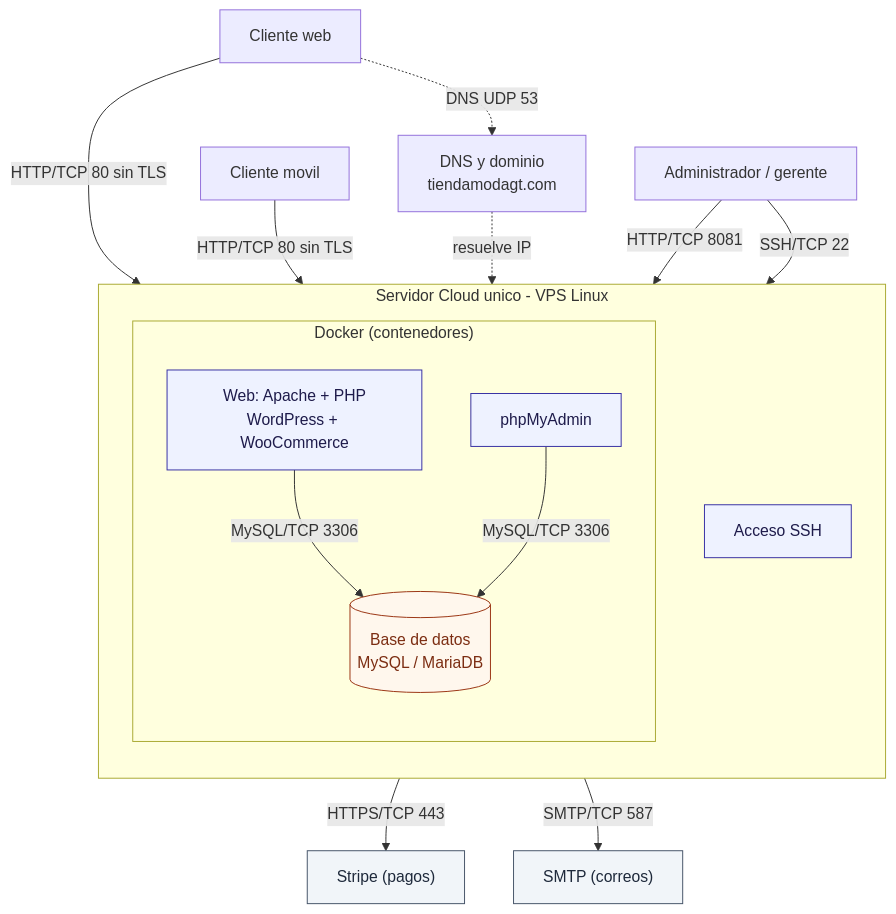
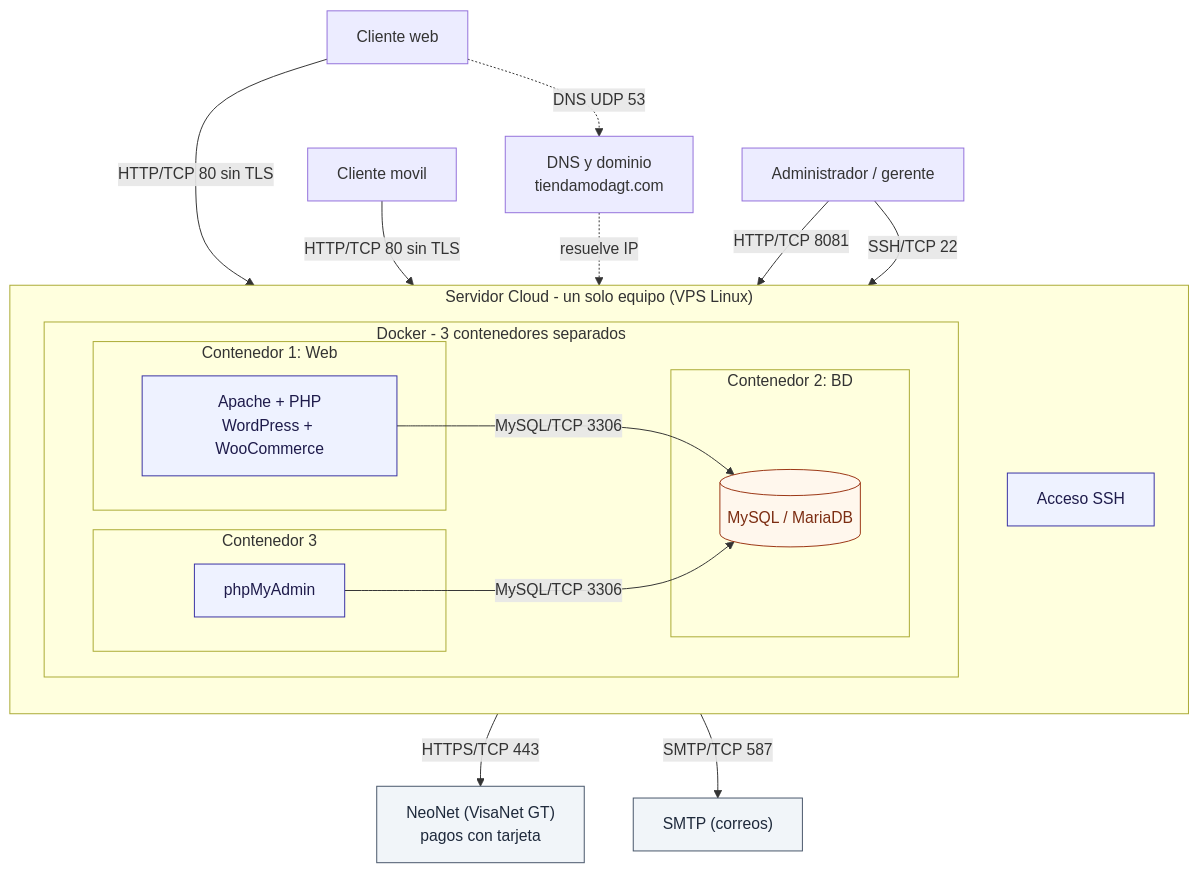
One commit to JavierNavas/tienda-moda-gt changed the diagram in README.md. Above: the diagram before and after it, drawn with Mermaid. The commit also changed 1 other file, not shown here.

Commit message:
Contenedores separados y numerados en el diagrama; cambia pasarela de pago a NeoNet (VisaNet Guatemala), Stripe queda solo como componente vulnerable del laboratorio

````diff
--- a/README.md
+++ b/README.md
@@ -22,39 +22,45 @@
 ```mermaid
 flowchart TB
     WEB["Cliente web"]
     MOV["Cliente movil"]
     OPS["Administrador / gerente"]
     DNS["DNS y dominio<br/>tiendamodagt.com"]
 
-    subgraph HOST["Servidor Cloud unico - VPS Linux"]
+    subgraph HOST["Servidor Cloud - un solo equipo (VPS Linux)"]
         direction TB
-        subgraph DOCKER["Docker (contenedores)"]
-            direction TB
-            WPC["Web: Apache + PHP<br/>WordPress + WooCommerce"]
-            DB[("Base de datos<br/>MySQL / MariaDB")]
-            PMA["phpMyAdmin"]
+        subgraph DOCKER["Docker - 3 contenedores separados"]
+            direction LR
+            subgraph C1["Contenedor 1: Web"]
+                WPC["Apache + PHP<br/>WordPress + WooCommerce"]
+            end
+            subgraph C2["Contenedor 2: BD"]
+                DB[("MySQL / MariaDB")]
+            end
+            subgraph C3["Contenedor 3"]
+                PMA["phpMyAdmin"]
+            end
         end
         SSH["Acceso SSH"]
     end
 
-    PAY["Stripe (pagos)"]
+    PAY["NeoNet (VisaNet GT)<br/>pagos con tarjeta"]
     MAIL["SMTP (correos)"]
 
     WEB -->|"HTTP/TCP 80 sin TLS"| WPC
     MOV -->|"HTTP/TCP 80 sin TLS"| WPC
     WEB -.->|"DNS UDP 53"| DNS
     DNS -.->|"resuelve IP"| WPC
     WPC -->|"MySQL/TCP 3306"| DB
     WPC -->|"HTTPS/TCP 443"| PAY
     WPC -->|"SMTP/TCP 587"| MAIL
     OPS -->|"HTTP/TCP 8081"| PMA
     PMA -->|"MySQL/TCP 3306"| DB
     OPS -->|"SSH/TCP 22"| SSH
 
     classDef app fill:#eef2ff,stroke:#3730a3,color:#1e1b4b;
     classDef db fill:#fff7ed,stroke:#9a3412,color:#7c2d12;
     classDef ext fill:#f1f5f9,stroke:#475569,color:#1e293b;
     class WPC,PMA,SSH app;
     class DB db;
     class PAY,MAIL ext;
 ```
````
